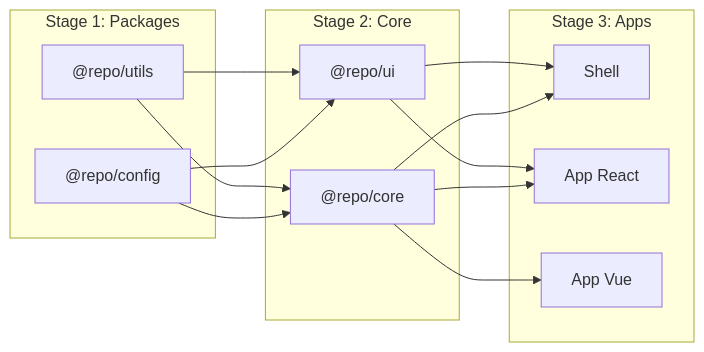
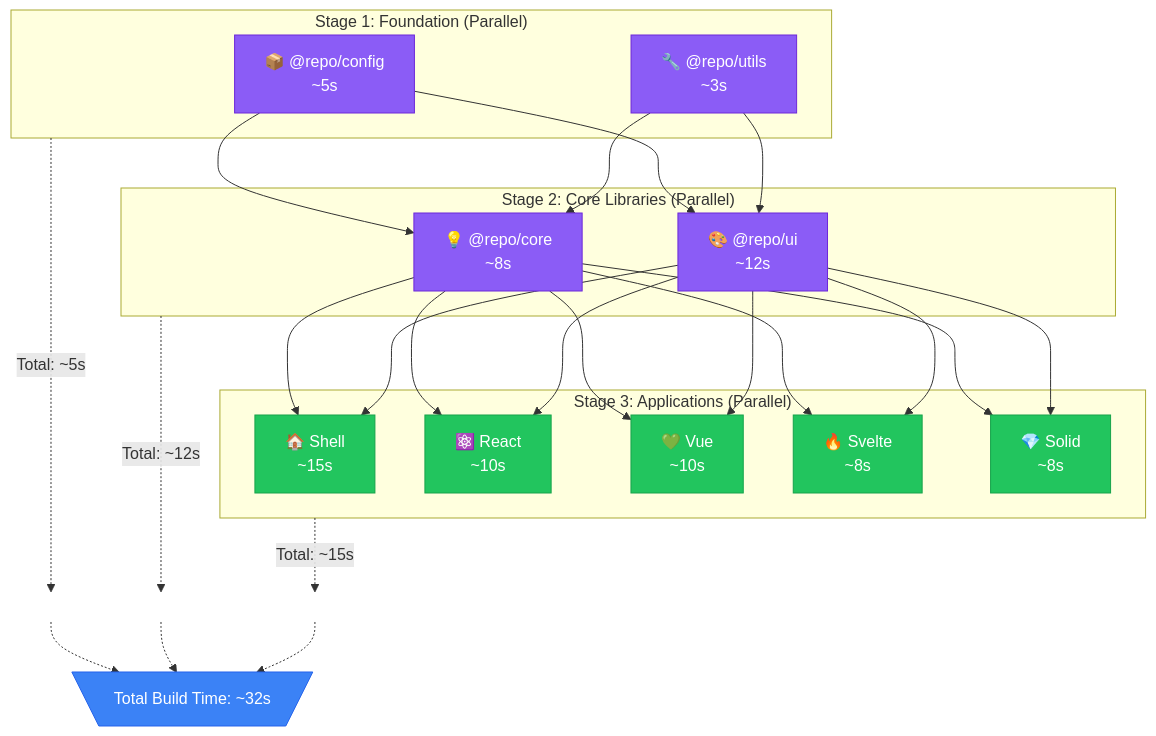
The second of 5 diagrams in docs/DEPLOYMENT.md (tian972k/micro-fontend-base), drawn with Mermaid before and after one commit. The commit also changed other lines of this file and 10 other files, not shown here.

First line of the commit message:
docs: comprehensive documentation update with visual diagrams

````diff
--- a/docs/DEPLOYMENT.md
+++ b/docs/DEPLOYMENT.md
@@ -83,23 +94,36 @@
 ```mermaid
-flowchart LR
-    subgraph "Stage 1: Packages"
-        Config["@repo/config"]
-        Utils["@repo/utils"]
+flowchart TB
+    subgraph Stage1 ["Stage 1: Foundation (Parallel)"]
+        Config[📦 @repo/config<br/>~5s]:::pkg
+        Utils[🔧 @repo/utils<br/>~3s]:::pkg
     end
 
-    subgraph "Stage 2: Core"
-        Core["@repo/core"]
-        UI["@repo/ui"]
+    subgraph Stage2 ["Stage 2: Core Libraries (Parallel)"]
+        Core[💡 @repo/core<br/>~8s]:::pkg
+        UI[🎨 @repo/ui<br/>~12s]:::pkg
     end
 
-    subgraph "Stage 3: Apps"
-        Shell["Shell"]
-        React["App React"]
-        Vue["App Vue"]
+    subgraph Stage3 ["Stage 3: Applications (Parallel)"]
+        Shell[🏠 Shell<br/>~15s]:::app
+        React[⚛️ React<br/>~10s]:::app
+        Vue["💚 Vue<br/>~10s"]:::app
+        Svelte["🔥 Svelte<br/>~8s"]:::app
+        Solid["💎 Solid<br/>~8s"]:::app
     end
 
-    Config --> Core & UI
-    Utils --> Core & UI
-    Core --> Shell & React & Vue
-    UI --> Shell & React
+    Config & Utils --> Core & UI
+    Core & UI --> Shell & React & Vue & Svelte & Solid
+
+    Stage1 -.->|"Total: ~5s"| T1[ ]
+    Stage2 -.->|"Total: ~12s"| T2[ ]
+    Stage3 -.->|"Total: ~15s"| T3[ ]
+
+    T1 & T2 & T3 -.-> Total[\Total Build Time: ~32s/]
+
+    classDef pkg fill:#8b5cf6,stroke:#6d28d9,color:#fff
+    classDef app fill:#22c55e,stroke:#16a34a,color:#fff
+    style Total fill:#3b82f6,stroke:#2563eb,color:#fff
+    style T1 fill:none,stroke:none
+    style T2 fill:none,stroke:none
+    style T3 fill:none,stroke:none
 ```
````
